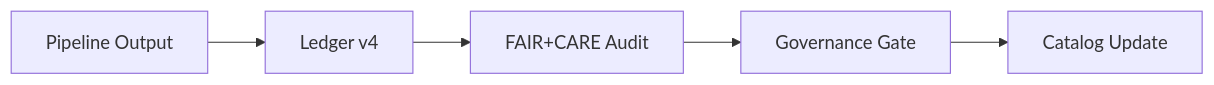
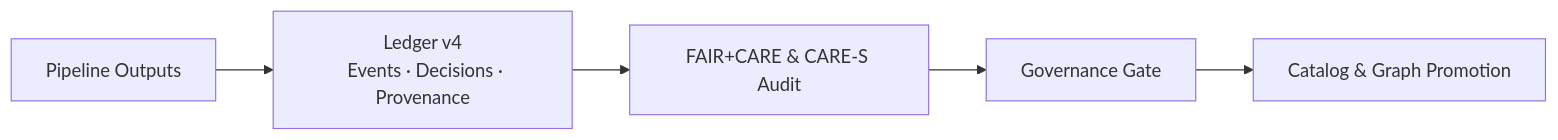
The fourth of 5 diagrams in ARCHITECTURE.md (bartytime4life/Kansas-Frontier-Matrix), drawn with Mermaid before and after one commit. The commit also changed other lines of this file, not shown here.

````diff
--- a/ARCHITECTURE.md
+++ b/ARCHITECTURE.md
@@ -301,7 +335,8 @@
 ```mermaid
 flowchart LR
-  A[Pipeline Output] --> B[Ledger v4]
-  B --> C[FAIR+CARE Audit]
-  C --> D[Governance Gate]
-  D --> E[Catalog Update]
+  P[Pipeline Outputs] --> L[Ledger v4
+  Events · Decisions · Provenance]
+  L --> A[FAIR+CARE & CARE-S Audit]
+  A --> G[Governance Gate]
+  G --> C[Catalog & Graph Promotion]
 ```
````
